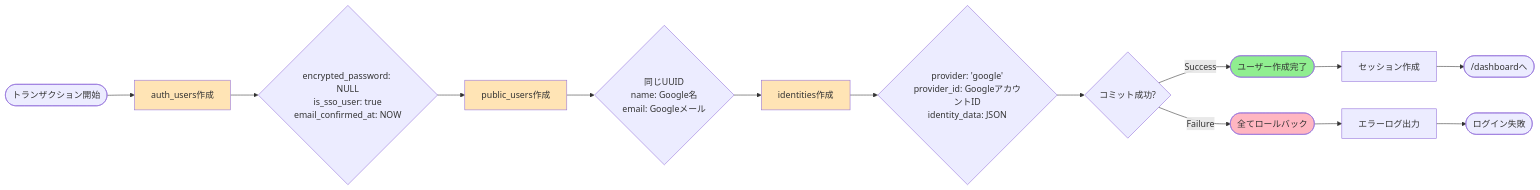
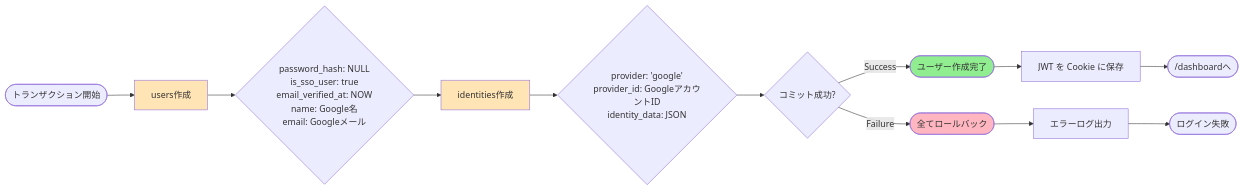
One commit to kazumadev619-dev/FishingConditionsApp changed the seventh of 11 diagrams in docs/reference/authentication-diagrams.md. Above: the diagram before and after it, drawn with Mermaid. The commit also changed other lines of this file and 6 other files, not shown here.

````diff
--- a/docs/reference/authentication-diagrams.md
+++ b/docs/reference/authentication-diagrams.md
@@ -338,27 +341,23 @@
 ```mermaid
 flowchart LR
-    Start([トランザクション開始]) --> Step1[auth_users作成]
-    Step1 --> Step1Details{encrypted_password: NULL<br/>is_sso_user: true<br/>email_confirmed_at: NOW}
+    Start([トランザクション開始]) --> Step1[users作成]
+    Step1 --> Step1Details{password_hash: NULL<br/>is_sso_user: true<br/>email_verified_at: NOW<br/>name: Google名<br/>email: Googleメール}
 
-    Step1Details --> Step2[public_users作成]
-    Step2 --> Step2Details{同じUUID<br/>name: Google名<br/>email: Googleメール}
-
-    Step2Details --> Step3[identities作成]
+    Step1Details --> Step3[identities作成]
     Step3 --> Step3Details{provider: 'google'<br/>provider_id: GoogleアカウントID<br/>identity_data: JSON}
 
     Step3Details --> Commit{コミット成功?}
     Commit -->|Success| Success([ユーザー作成完了])
     Commit -->|Failure| Rollback([全てロールバック])
 
     Rollback --> Error[エラーログ出力]
     Error --> End([ログイン失敗])
 
-    Success --> SessionCreate[セッション作成]
+    Success --> SessionCreate[JWT を Cookie に保存]
     SessionCreate --> Dashboard([/dashboardへ])
 
     style Step1 fill:#FFE4B5
-    style Step2 fill:#FFE4B5
     style Step3 fill:#FFE4B5
     style Success fill:#90EE90
     style Rollback fill:#FFB6C1
 ```
````
